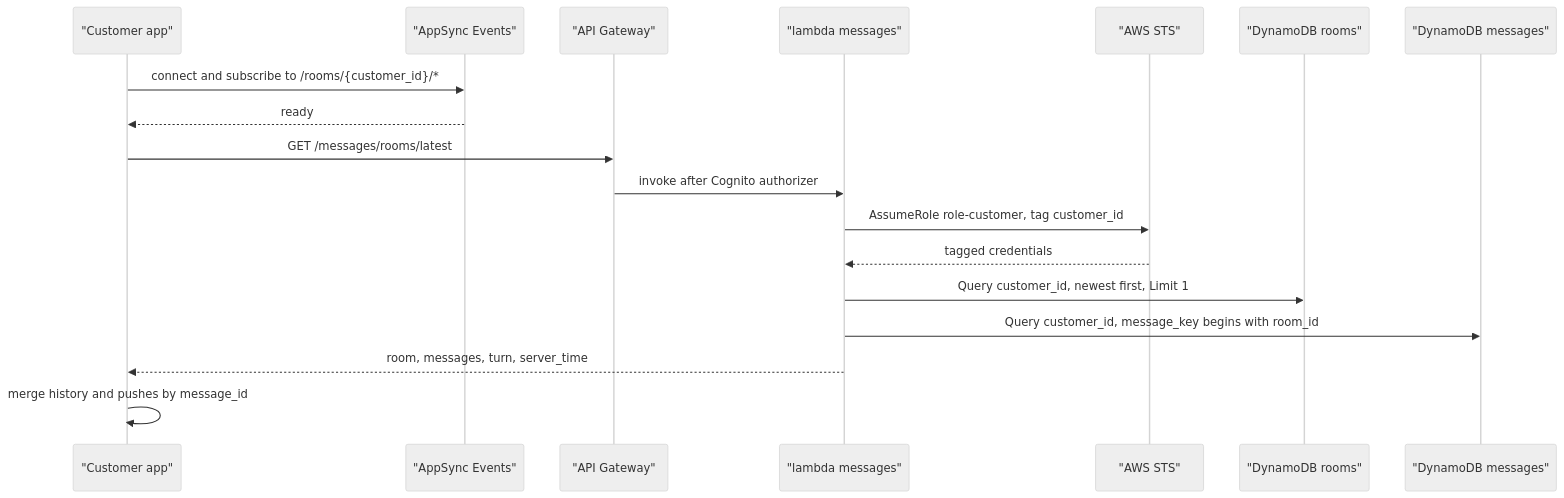
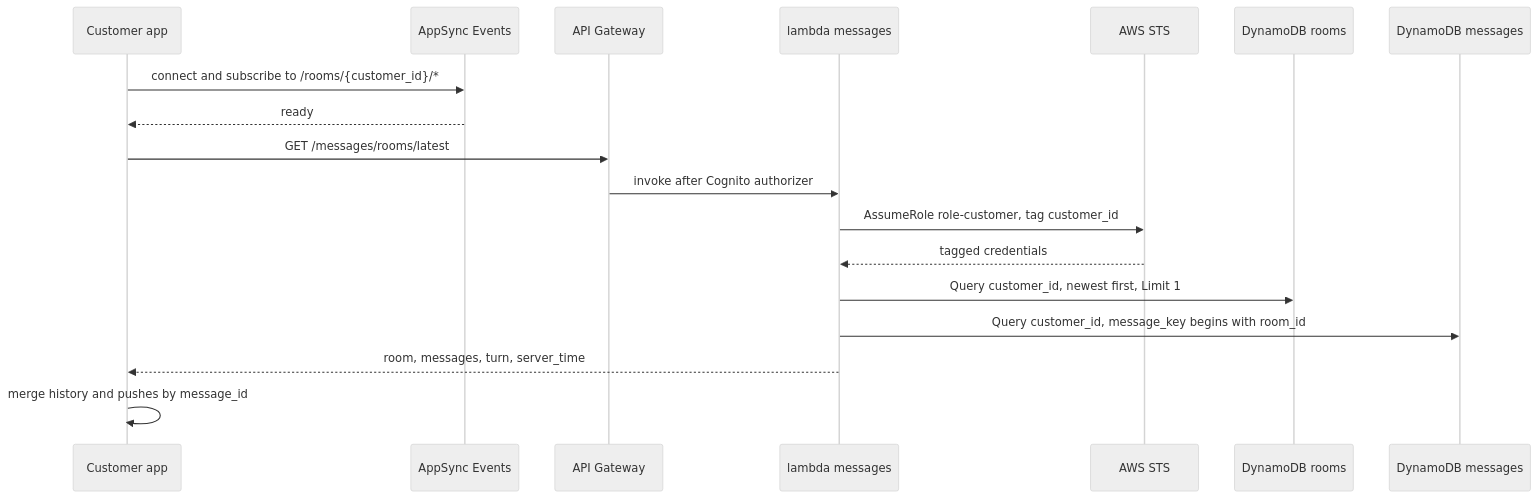
Before and after one commit to Team-ACGS/factored-hackathon-2026-acgs: the first of 6 diagrams in docs/modules/messaging/flows.md, drawn with Mermaid (neutral theme). The commit also changed other lines of this file and 6 other files, not shown here.

Commit message:
docs(assistant,cases,data,identity,messaging): reviewer findings on flows and readme, round 2

````diff
--- a/docs/modules/messaging/flows.md
+++ b/docs/modules/messaging/flows.md
@@ -31,21 +31,21 @@
 ```mermaid
 sequenceDiagram
-    participant App as "Customer app"
-    participant Evt as "AppSync Events"
-    participant GW as "API Gateway"
-    participant M as "lambda messages"
-    participant STS as "AWS STS"
-    participant Rooms as "DynamoDB rooms"
-    participant Msgs as "DynamoDB messages"
+    participant App as Customer app
+    participant Evt as AppSync Events
+    participant GW as API Gateway
+    participant M as lambda messages
+    participant STS as AWS STS
+    participant Rooms as DynamoDB rooms
+    participant Msgs as DynamoDB messages
 
     App->>Evt: connect and subscribe to /rooms/{customer_id}/*
     Evt-->>App: ready
     App->>GW: GET /messages/rooms/latest
     GW->>M: invoke after Cognito authorizer
     M->>STS: AssumeRole role-customer, tag customer_id
     STS-->>M: tagged credentials
     M->>Rooms: Query customer_id, newest first, Limit 1
     M->>Msgs: Query customer_id, message_key begins with room_id
     M-->>App: room, messages, turn, server_time
     App->>App: merge history and pushes by message_id
 ```
````
